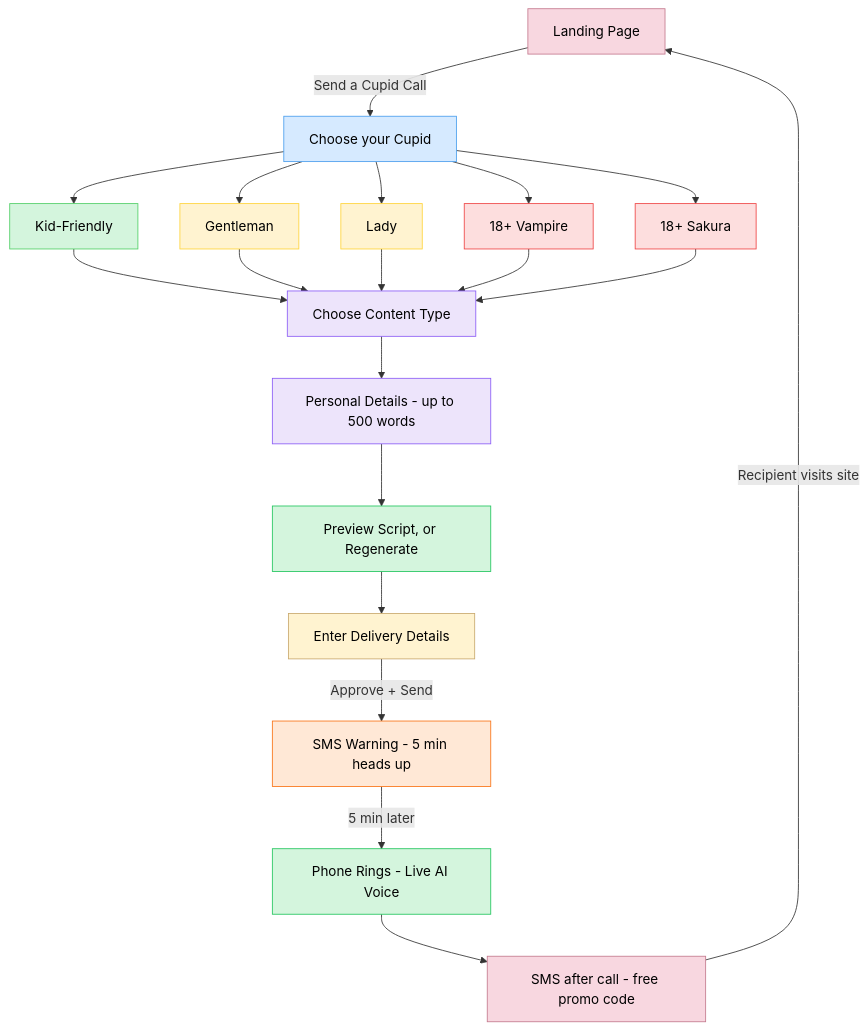
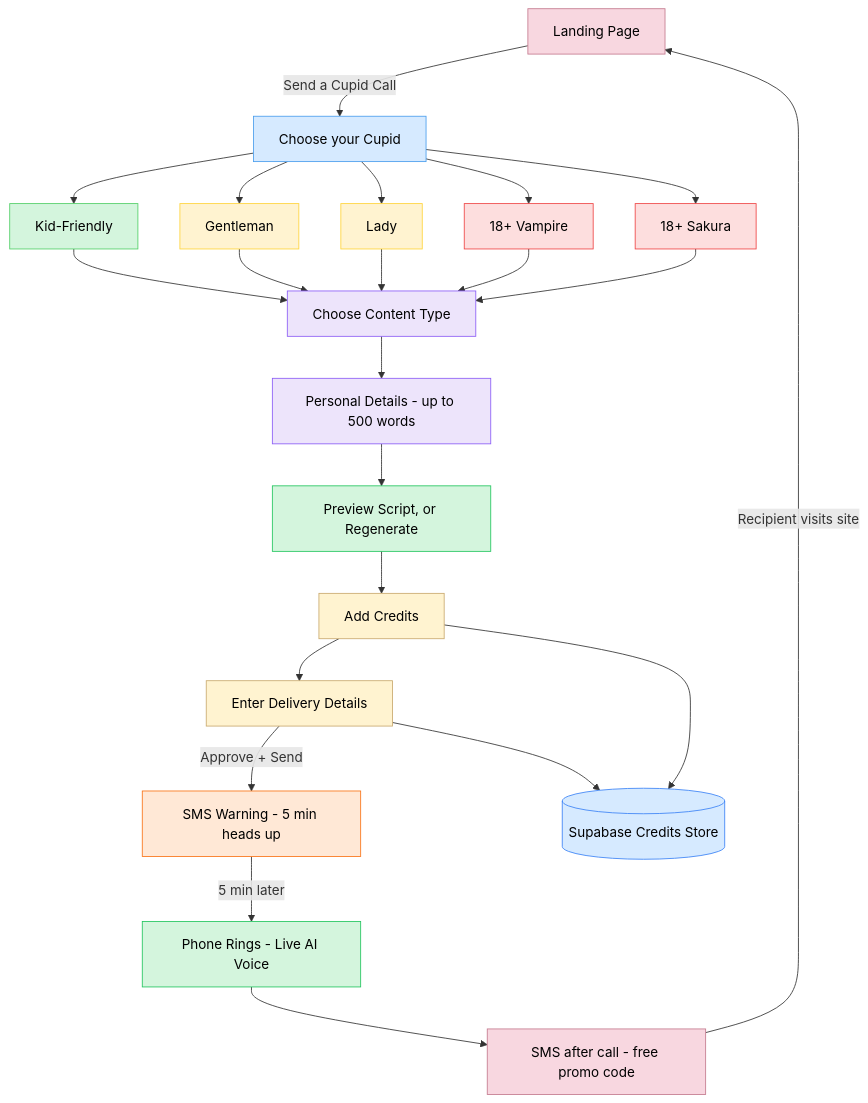
One commit to bitpixi2/impress-your-valentine changed the first of 2 diagrams in README.md. Above: the diagram before and after it, drawn with Mermaid. The commit also changed other lines of this file and 8 other files, not shown here.

Commit message:
Update README architecture notes and refine mobile flow UX

````diff
--- a/README.md
+++ b/README.md
@@ -32,37 +33,42 @@
 ```mermaid
 flowchart TD
     A[Landing Page] -->|Send a Cupid Call| D[Choose your Cupid]
     
     D --> D1[Kid-Friendly]
     D --> D2[Gentleman]
     D --> D3[Lady]
     D --> D4[18+ Vampire]
     D --> D5[18+ Sakura]
     
     D1 --> E[Choose Content Type]
     D2 --> E
     D3 --> E
     D4 --> E
     D5 --> E
     E --> F[Personal Details - up to 500 words]
     F --> G[Preview Script, or Regenerate]
-    G --> H[Enter Delivery Details]
+    G --> K[Add Credits]
+    K --> H[Enter Delivery Details]
     H -->|Approve + Send| W[SMS Warning - 5 min heads up]
     W -->|5 min later| I[Phone Rings - Live AI Voice]
     I --> J[SMS after call - free promo code]
     J -->|Recipient visits site| A
+    K --> S[(Supabase Credits Store)]
+    H --> S
     style A fill:#F8D7E0,stroke:#C47A8E,color:#000000
     style D fill:#D6EAFF,stroke:#4a9eed,color:#000000
     style D1 fill:#D4F5DD,stroke:#51cf66,color:#000000
     style D2 fill:#FFF3D0,stroke:#ffd43b,color:#000000
     style D3 fill:#FFF3D0,stroke:#ffd43b,color:#000000
     style D4 fill:#FDDEDE,stroke:#ef4444,color:#000000
     style D5 fill:#FDDEDE,stroke:#ef4444,color:#000000
     style E fill:#EDE4FB,stroke:#8b5cf6,color:#000000
     style F fill:#EDE4FB,stroke:#8b5cf6,color:#000000
     style G fill:#D4F5DD,stroke:#22c55e,color:#000000
+    style K fill:#FFF3D0,stroke:#C9A96E,color:#000000
     style H fill:#FFF3D0,stroke:#C9A96E,color:#000000
     style W fill:#FFE8D6,stroke:#F97316,color:#000000
     style I fill:#D4F5DD,stroke:#22c55e,color:#000000
     style J fill:#F8D7E0,stroke:#C47A8E,color:#000000
+    style S fill:#D6EAFF,stroke:#3b82f6,color:#000000
 ```
````
